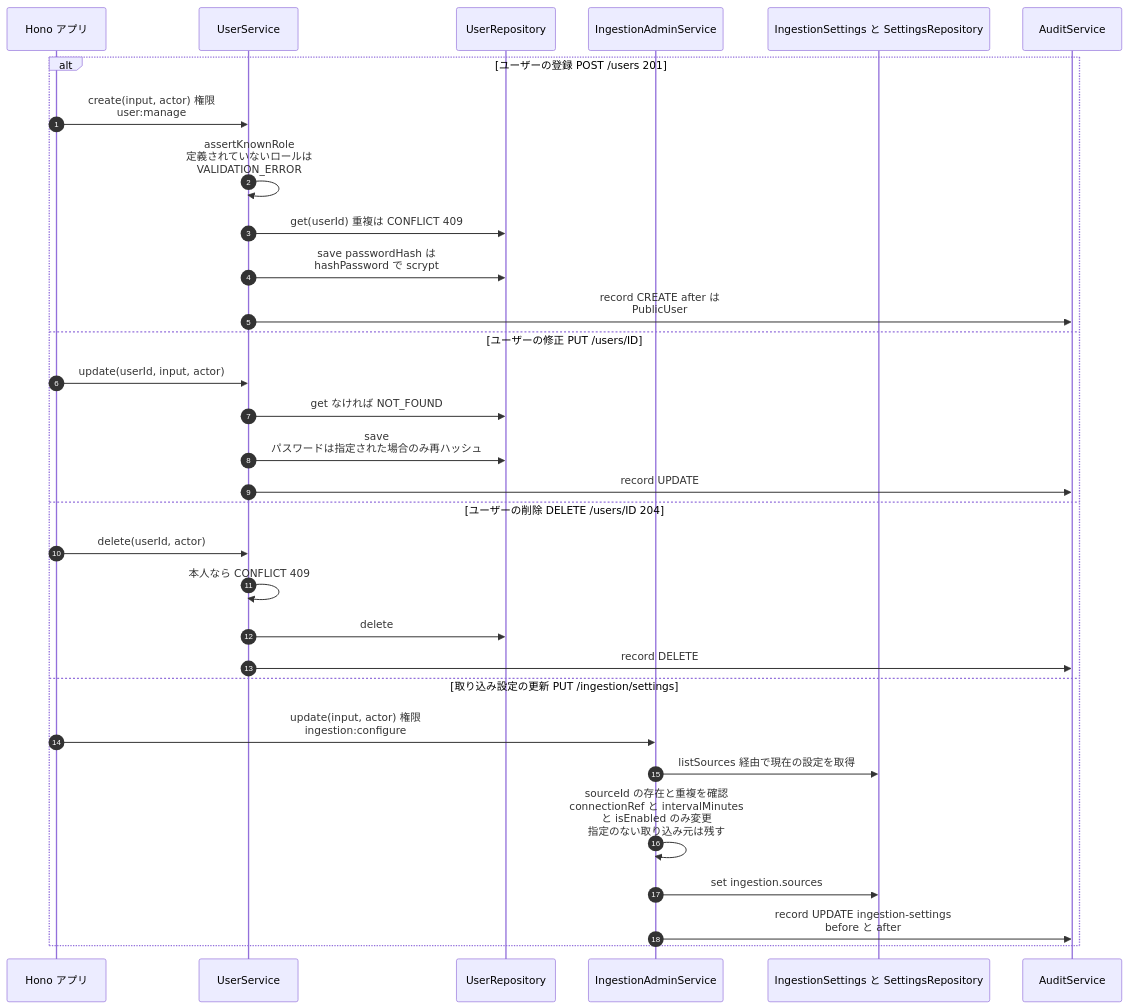
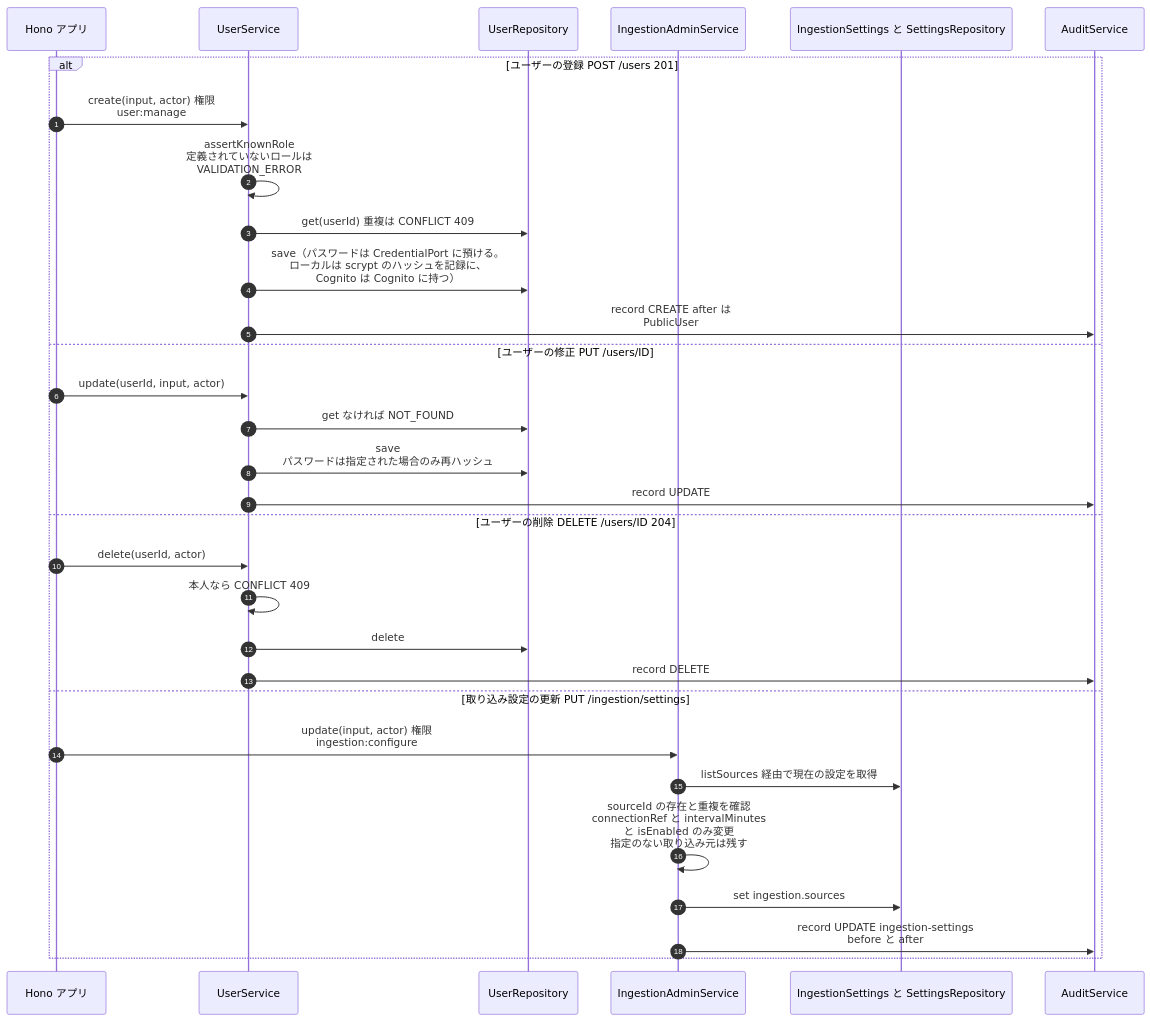
Before and after one commit to NS-APU/smart-farm-monitoring: diagram 26 of 46 in docs/10_design/architecture/as-built.md, drawn with Mermaid. The commit also changed other lines of this file and 15 other files, not shown here.

````diff
--- a/docs/10_design/architecture/as-built.md
+++ b/docs/10_design/architecture/as-built.md
@@ -1682,34 +1683,34 @@
 ```mermaid
 sequenceDiagram
   autonumber
   participant APP as Hono アプリ
   participant US as UserService
   participant UR as UserRepository
   participant IA as IngestionAdminService
   participant SR as IngestionSettings と SettingsRepository
   participant AU as AuditService
 
   alt ユーザーの登録 POST /users 201
     APP->>US: create(input, actor) 権限<br>user:manage
     US->>US: assertKnownRole<br>定義されていないロールは<br>VALIDATION_ERROR
     US->>UR: get(userId) 重複は CONFLICT 409
-    US->>UR: save passwordHash は<br>hashPassword で scrypt
+    US->>UR: save（パスワードは CredentialPort に預ける。<br>ローカルは scrypt のハッシュを記録に、<br>Cognito は Cognito に持つ）
     US->>AU: record CREATE after は<br>PublicUser
   else ユーザーの修正 PUT /users/ID
     APP->>US: update(userId, input, actor)
     US->>UR: get なければ NOT_FOUND
     US->>UR: save<br>パスワードは指定された場合のみ再ハッシュ
     US->>AU: record UPDATE
   else ユーザーの削除 DELETE /users/ID 204
     APP->>US: delete(userId, actor)
     US->>US: 本人なら CONFLICT 409
     US->>UR: delete
     US->>AU: record DELETE
   else 取り込み設定の更新 PUT /ingestion/settings
     APP->>IA: update(input, actor) 権限<br>ingestion:configure
     IA->>SR: listSources 経由で現在の設定を取得
     IA->>IA: sourceId の存在と重複を確認<br>connectionRef と intervalMinutes<br>と isEnabled のみ変更<br>指定のない取り込み元は残す
     IA->>SR: set ingestion.sources
     IA->>AU: record UPDATE ingestion-settings<br>before と after
   end
 ```
````
